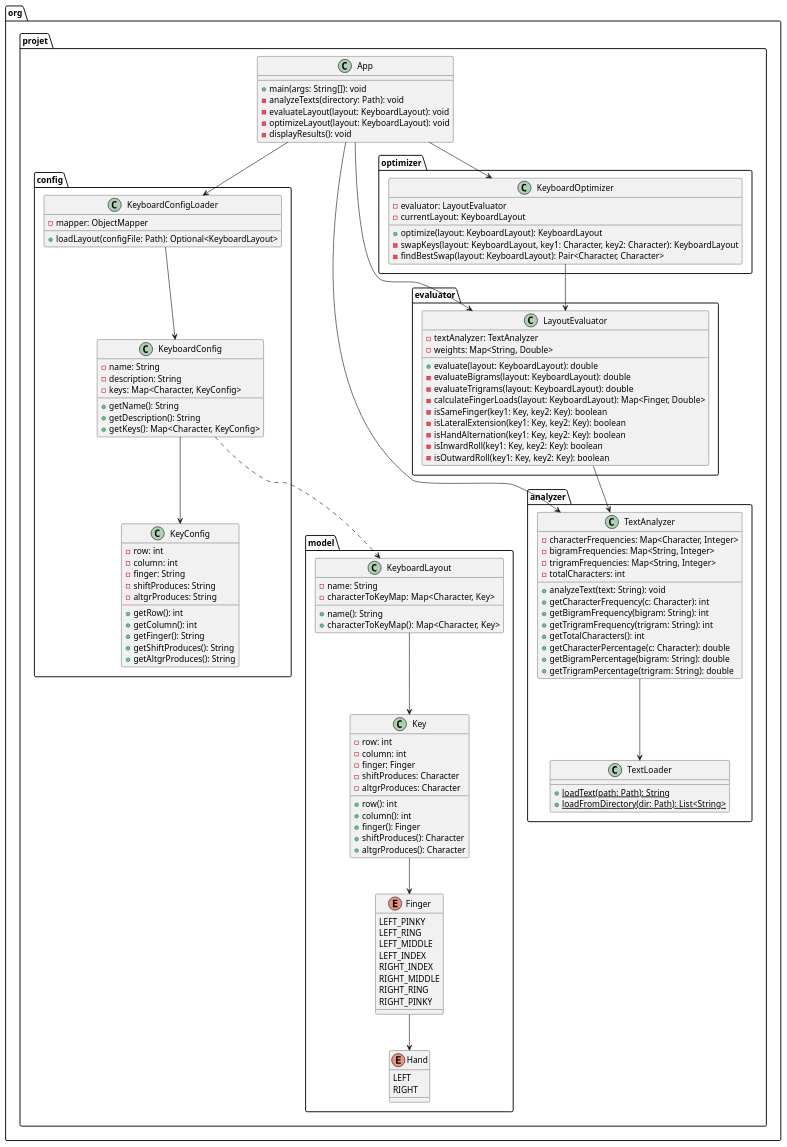
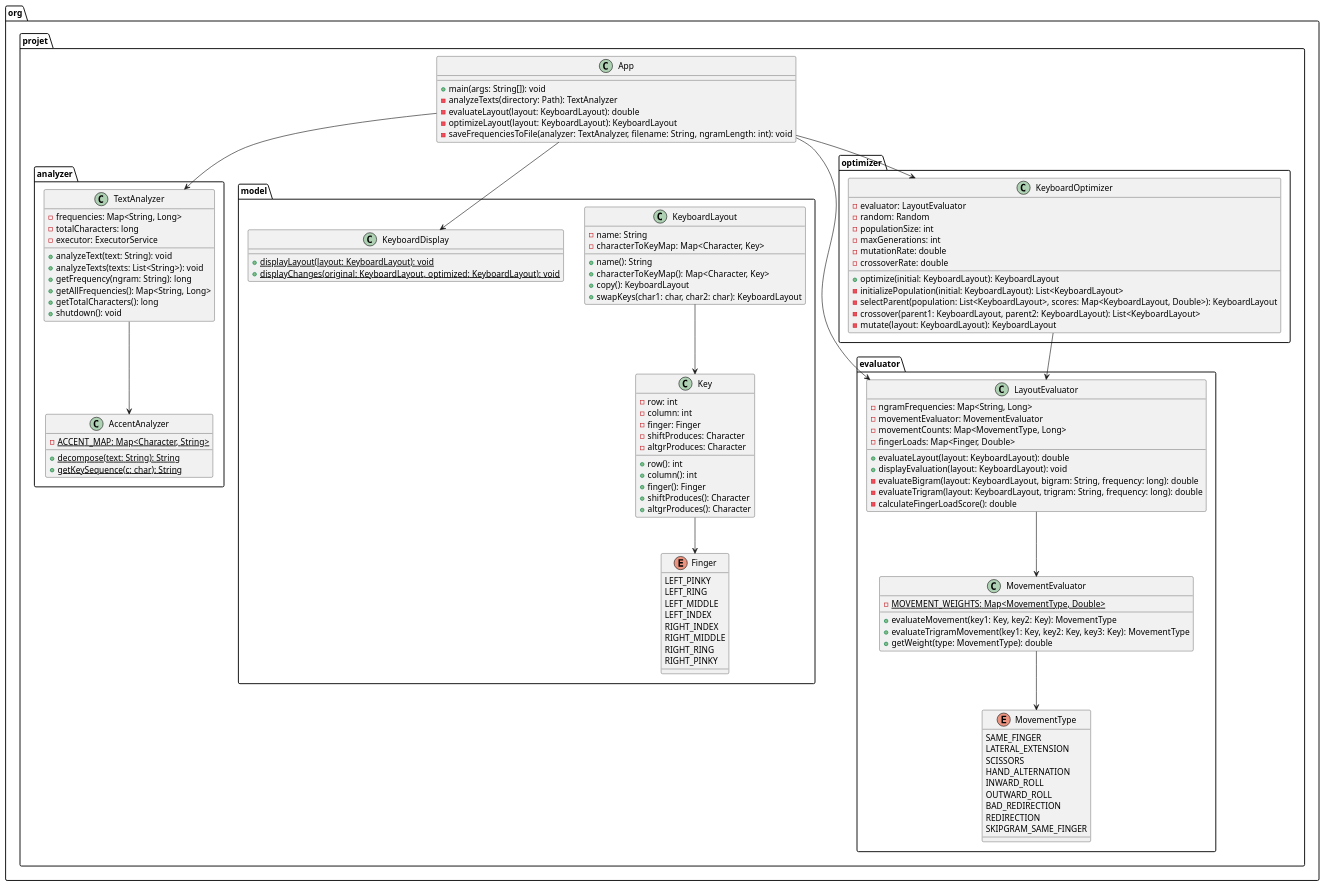
One commit to dikesh10/projet_CPOO changed the diagram in projet/class-diagram.puml. Above: the diagram before and after it, drawn with PlantUML. The commit also changed 8 other files, not shown here.

Commit message:
diagramme

```diff
--- a/projet/class-diagram.puml
+++ b/projet/class-diagram.puml
@@ -1,147 +1,137 @@
 @startuml
 
 package org.projet {
     class App {
         + main(args: String[]): void
-        - analyzeTexts(directory: Path): void
-        - evaluateLayout(layout: KeyboardLayout): void
-        - optimizeLayout(layout: KeyboardLayout): void
-        - displayResults(): void
+        - analyzeTexts(directory: Path): TextAnalyzer
+        - evaluateLayout(layout: KeyboardLayout): double
+        - optimizeLayout(layout: KeyboardLayout): KeyboardLayout
+        - saveFrequenciesToFile(analyzer: TextAnalyzer, filename: String, ngramLength: int): void
     }
 }
 
 package org.projet.analyzer {
     class TextAnalyzer {
-        - characterFrequencies: Map<Character, Integer>
-        - bigramFrequencies: Map<String, Integer>
-        - trigramFrequencies: Map<String, Integer>
-        - totalCharacters: int
+        - frequencies: Map<String, Long>
+        - totalCharacters: long
+        - executor: ExecutorService
         + analyzeText(text: String): void
-        + getCharacterFrequency(c: Character): int
-        + getBigramFrequency(bigram: String): int
-        + getTrigramFrequency(trigram: String): int
-        + getTotalCharacters(): int
-        + getCharacterPercentage(c: Character): double
-        + getBigramPercentage(bigram: String): double
-        + getTrigramPercentage(trigram: String): double
+        + analyzeTexts(texts: List<String>): void
+        + getFrequency(ngram: String): long
+        + getAllFrequencies(): Map<String, Long>
+        + getTotalCharacters(): long
+        + shutdown(): void
     }
 
-    class TextLoader {
-        + {static} loadText(path: Path): String
-        + {static} loadFromDirectory(dir: Path): List<String>
-    }
-}
-
-package org.projet.config {
-    class KeyboardConfigLoader {
-        - mapper: ObjectMapper
-        + loadLayout(configFile: Path): Optional<KeyboardLayout>
-    }
-
-    class KeyboardConfig {
-        - name: String
-        - description: String
-        - keys: Map<Character, KeyConfig>
-        + getName(): String
-        + getDescription(): String
-        + getKeys(): Map<Character, KeyConfig>
-    }
-
-    class KeyConfig {
-        - row: int
-        - column: int
-        - finger: String
-        - shiftProduces: String
-        - altgrProduces: String
-        + getRow(): int
-        + getColumn(): int
-        + getFinger(): String
-        + getShiftProduces(): String
-        + getAltgrProduces(): String
+    class AccentAnalyzer {
+        - {static} ACCENT_MAP: Map<Character, String>
+        + {static} decompose(text: String): String
+        + {static} getKeySequence(c: char): String
     }
 }
 
 package org.projet.model {
     class KeyboardLayout {
         - name: String
         - characterToKeyMap: Map<Character, Key>
         + name(): String
         + characterToKeyMap(): Map<Character, Key>
+        + copy(): KeyboardLayout
+        + swapKeys(char1: char, char2: char): KeyboardLayout
     }
 
     class Key {
         - row: int
         - column: int
         - finger: Finger
         - shiftProduces: Character
         - altgrProduces: Character
         + row(): int
         + column(): int
         + finger(): Finger
         + shiftProduces(): Character
         + altgrProduces(): Character
     }
 
     enum Finger {
         LEFT_PINKY
         LEFT_RING
         LEFT_MIDDLE
         LEFT_INDEX
         RIGHT_INDEX
         RIGHT_MIDDLE
         RIGHT_RING
         RIGHT_PINKY
     }
 
-    enum Hand {
-        LEFT
-        RIGHT
+    class KeyboardDisplay {
+        + {static} displayLayout(layout: KeyboardLayout): void
+        + {static} displayChanges(original: KeyboardLayout, optimized: KeyboardLayout): void
     }
 }
 
 package org.projet.evaluator {
     class LayoutEvaluator {
-        - textAnalyzer: TextAnalyzer
-        - weights: Map<String, Double>
-        + evaluate(layout: KeyboardLayout): double
-        - evaluateBigrams(layout: KeyboardLayout): double
-        - evaluateTrigrams(layout: KeyboardLayout): double
-        - calculateFingerLoads(layout: KeyboardLayout): Map<Finger, Double>
-        - isSameFinger(key1: Key, key2: Key): boolean
-        - isLateralExtension(key1: Key, key2: Key): boolean
-        - isHandAlternation(key1: Key, key2: Key): boolean
-        - isInwardRoll(key1: Key, key2: Key): boolean
-        - isOutwardRoll(key1: Key, key2: Key): boolean
+        - ngramFrequencies: Map<String, Long>
+        - movementEvaluator: MovementEvaluator
+        - movementCounts: Map<MovementType, Long>
+        - fingerLoads: Map<Finger, Double>
+        + evaluateLayout(layout: KeyboardLayout): double
+        + displayEvaluation(layout: KeyboardLayout): void
+        - evaluateBigram(layout: KeyboardLayout, bigram: String, frequency: long): double
+        - evaluateTrigram(layout: KeyboardLayout, trigram: String, frequency: long): double
+        - calculateFingerLoadScore(): double
+    }
+
+    class MovementEvaluator {
+        - {static} MOVEMENT_WEIGHTS: Map<MovementType, Double>
+        + evaluateMovement(key1: Key, key2: Key): MovementType
+        + evaluateTrigramMovement(key1: Key, key2: Key, key3: Key): MovementType
+        + getWeight(type: MovementType): double
+    }
+
+    enum MovementType {
+        SAME_FINGER
+        LATERAL_EXTENSION
+        SCISSORS
+        HAND_ALTERNATION
+        INWARD_ROLL
+        OUTWARD_ROLL
+        BAD_REDIRECTION
+        REDIRECTION
+        SKIPGRAM_SAME_FINGER
     }
 }
 
 package org.projet.optimizer {
     class KeyboardOptimizer {
         - evaluator: LayoutEvaluator
-        - currentLayout: KeyboardLayout
-        + optimize(layout: KeyboardLayout): KeyboardLayout
-        - swapKeys(layout: KeyboardLayout, key1: Character, key2: Character): KeyboardLayout
-        - findBestSwap(layout: KeyboardLayout): Pair<Character, Character>
+        - random: Random
+        - populationSize: int
+        - maxGenerations: int
+        - mutationRate: double
+        - crossoverRate: double
+        + optimize(initial: KeyboardLayout): KeyboardLayout
+        - initializePopulation(initial: KeyboardLayout): List<KeyboardLayout>
+        - selectParent(population: List<KeyboardLayout>, scores: Map<KeyboardLayout, Double>): KeyboardLayout
+        - crossover(parent1: KeyboardLayout, parent2: KeyboardLayout): List<KeyboardLayout>
+        - mutate(layout: KeyboardLayout): KeyboardLayout
     }
 }
 
 ' Relations
 App --> TextAnalyzer
 App --> LayoutEvaluator
 App --> KeyboardOptimizer
-App --> KeyboardConfigLoader
+App --> KeyboardDisplay
 
-TextAnalyzer --> TextLoader
-
-KeyboardConfigLoader --> KeyboardConfig
-KeyboardConfig --> KeyConfig
-KeyboardConfig ..> KeyboardLayout
+TextAnalyzer --> AccentAnalyzer
 
 KeyboardLayout --> Key
 Key --> Finger
-Finger --> Hand
 
 KeyboardOptimizer --> LayoutEvaluator
-LayoutEvaluator --> TextAnalyzer
+LayoutEvaluator --> MovementEvaluator
+MovementEvaluator --> MovementType
 
 @enduml
```
